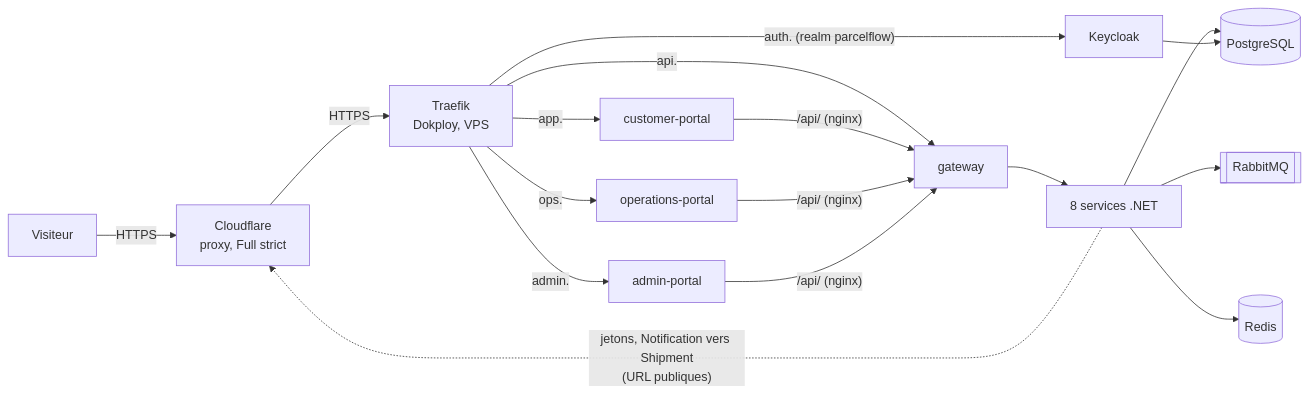
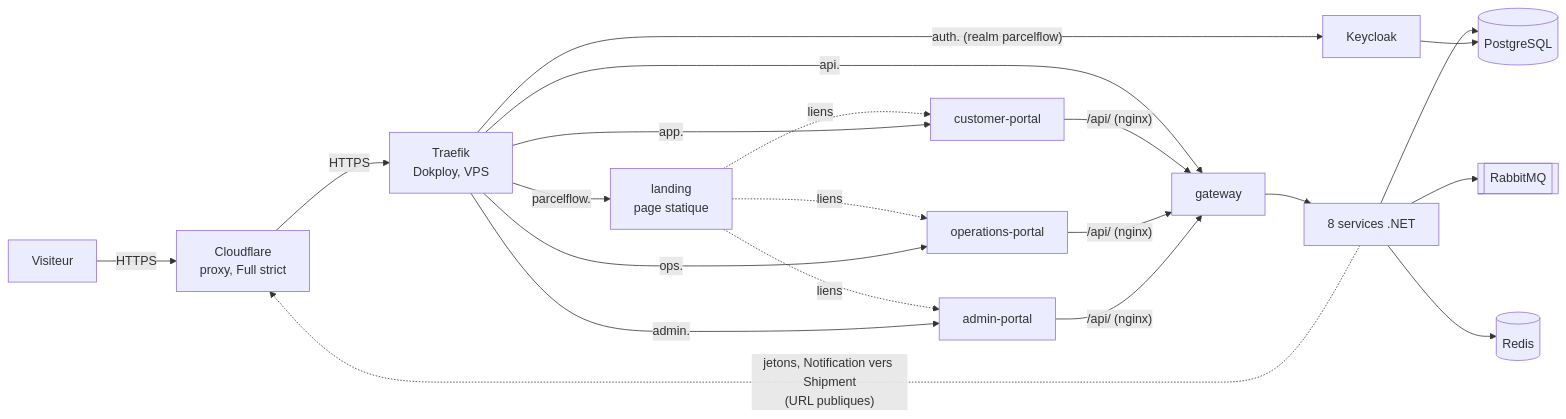
The first of 2 diagrams in docs/demo.md (Yvahajatiana/ShippingTracer), drawn with Mermaid before and after one commit. The commit also changed other lines of this file, not shown here.

Commit message:
docs(demo): document the landing page and align the setup with the OVH VPS

````diff
--- a/docs/demo.md
+++ b/docs/demo.md
@@ -7,17 +7,19 @@
 ```mermaid
 flowchart LR
     V[Visiteur] -- HTTPS --> CF[Cloudflare<br/>proxy, Full strict]
     CF -- HTTPS --> TR[Traefik<br/>Dokploy, VPS]
+    TR -- parcelflow. --> LP[landing<br/>page statique]
+    LP -. liens .-> CP & OP & AP
     TR -- app. --> CP[customer-portal]
     TR -- ops. --> OP[operations-portal]
     TR -- admin. --> AP[admin-portal]
     TR -- api. --> GW[gateway]
     TR -- "auth. (realm parcelflow)" --> KC[Keycloak]
     CP & OP & AP -- "/api/ (nginx)" --> GW
     GW --> S[8 services .NET]
     S --> PG[(PostgreSQL)]
     S --> RMQ[[RabbitMQ]]
     S --> RD[(Redis)]
     KC --> PG
     S -. "jetons, Notification vers Shipment<br/>(URL publiques)" .-> CF
 ```
````
